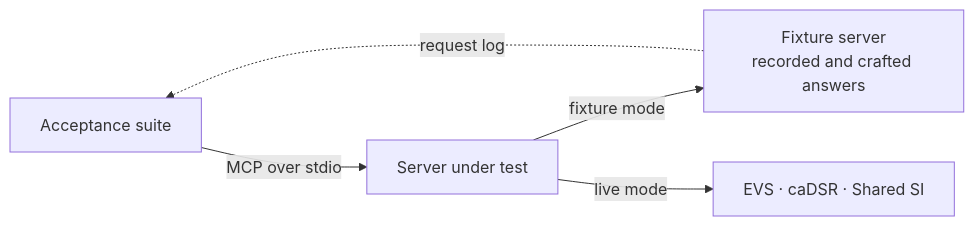
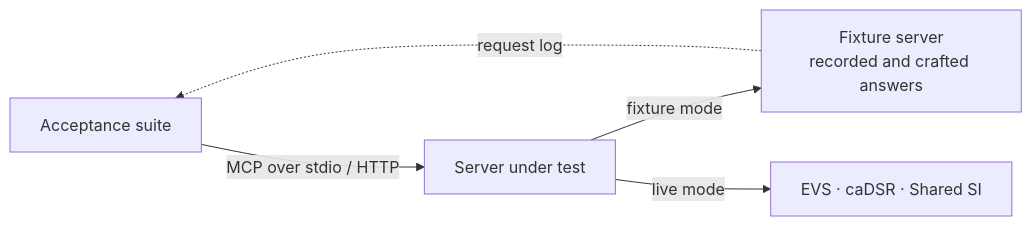
Before and after one commit to CBIIT/nci-si-mcp: the diagram in README.md, drawn with Mermaid. The commit also changed other lines of this file and 15 other files, not shown here.

````diff
--- a/README.md
+++ b/README.md
@@ -26,7 +32,7 @@
 ```mermaid
 flowchart LR
-    suite["Acceptance suite"] -- "MCP over stdio" --> server["Server under test"]
+    suite["Acceptance suite"] -- "MCP over stdio / HTTP" --> server["Server under test"]
     server -- "fixture mode" --> fixtures["Fixture server<br/>recorded and crafted answers"]
     server -- "live mode" --> live["EVS · caDSR · Shared SI"]
     fixtures -. "request log" .-> suite
 ```
````
